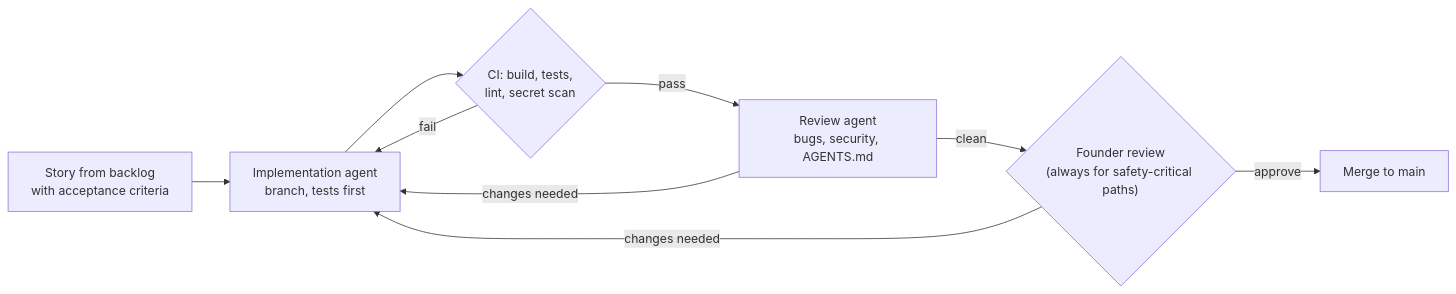
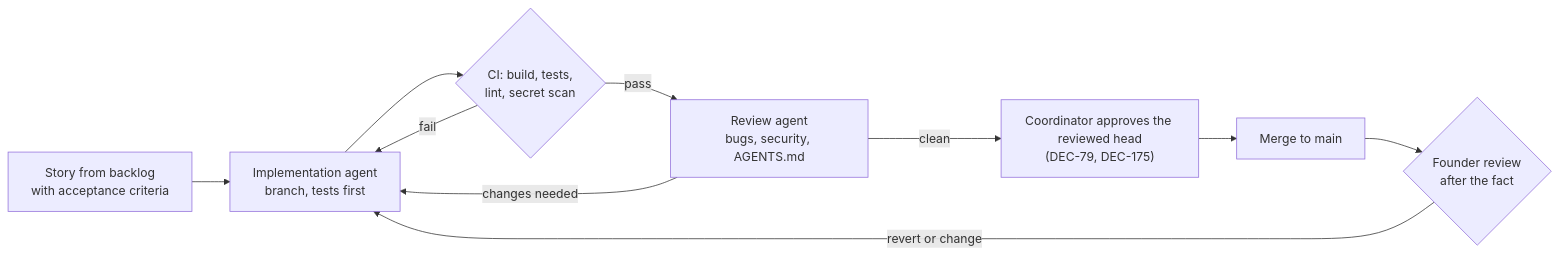
Before and after one commit to kunwarshivam/mandate: the diagram in docs/project/07-quality-and-release.md, drawn with Mermaid. The commit also changed other lines of this file and 5 other files, not shown here.

Commit message:
Amend DEC-175 for the head-bound approval, tighten DEC-176's summaries, and retire founder-approval-before-merge

````diff
--- a/docs/project/07-quality-and-release.md
+++ b/docs/project/07-quality-and-release.md
@@ -16,11 +16,12 @@
 ```mermaid
 flowchart LR
     story["Story from backlog<br/>with acceptance criteria"] --> impl["Implementation agent<br/>branch, tests first"]
     impl --> ci{"CI: build, tests,<br/>lint, secret scan"}
     ci -->|fail| impl
     ci -->|pass| review["Review agent<br/>bugs, security, AGENTS.md"]
     review -->|changes needed| impl
-    review -->|clean| founder{"Founder review<br/>(always for safety-critical paths)"}
-    founder -->|changes needed| impl
-    founder -->|approve| merge["Merge to main"]
+    review -->|clean| approve["Coordinator approves the reviewed head<br/>(DEC-79, DEC-175)"]
+    approve --> merge["Merge to main"]
+    merge --> founder{"Founder review<br/>after the fact"}
+    founder -->|revert or change| impl
 ```
````
